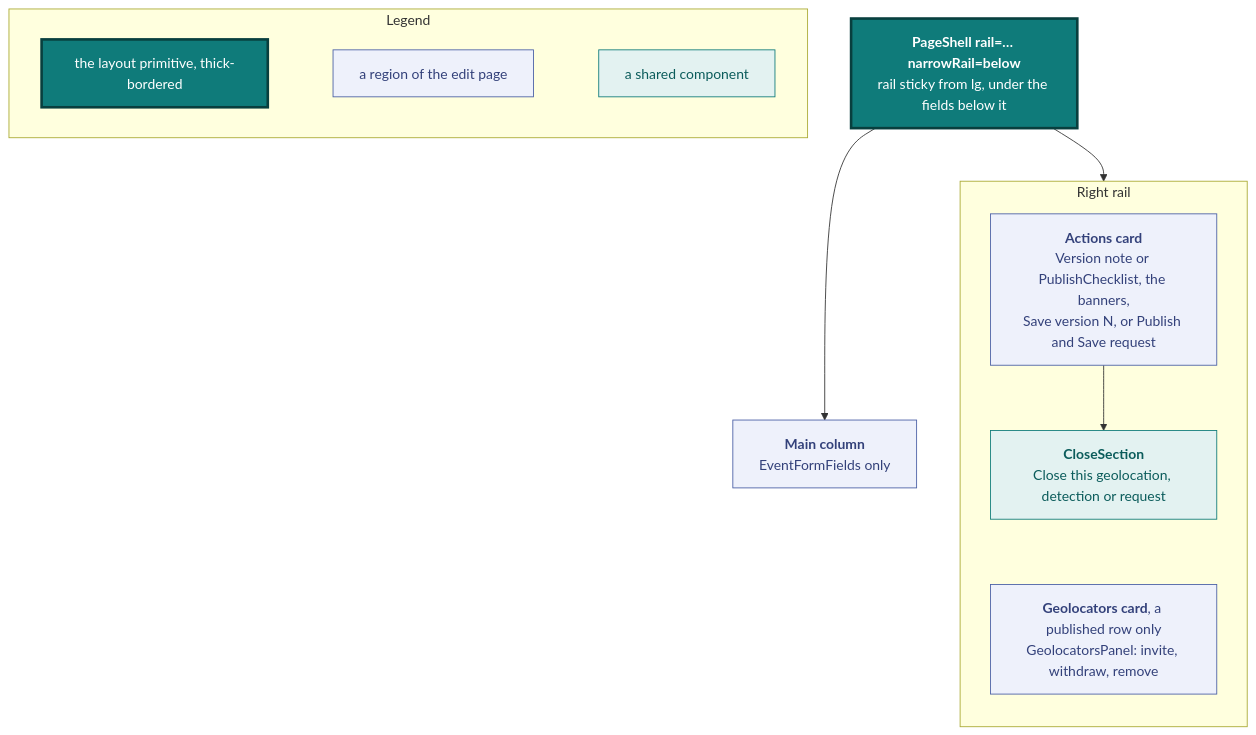
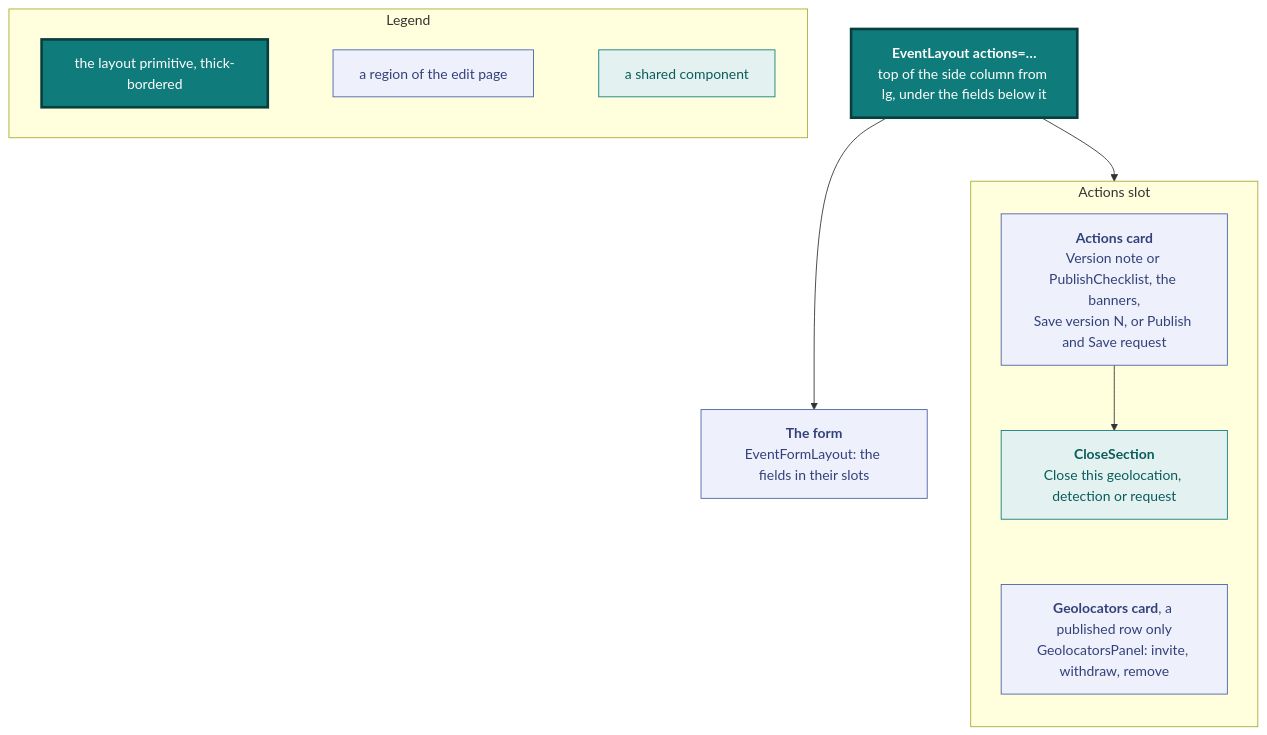
The tenth of 14 diagrams in docs/design.md (vidithq/vidit), drawn with Mermaid before and after one commit. The commit also changed other lines of this file and 14 other files, not shown here.

First line of the commit message:
feat(frontend): lay out the event page and the event forms in one EventLayout

````diff
--- a/docs/design.md
+++ b/docs/design.md
@@ -950,35 +960,35 @@
 ```mermaid
 flowchart TB
   classDef spec fill:#eef1fb,stroke:#4a5fa5,color:#33417a
   classDef shared fill:#e3f2f1,stroke:#0f7b7a,color:#0b5c5b
   classDef core fill:#0f7b7a,stroke:#083f3e,stroke-width:3px,color:#ffffff
 
   subgraph legend [Legend]
     direction LR
     l1["`the layout primitive, thick-bordered`"]:::core
     l2["`a region of the edit page`"]:::spec
     l3["`a shared component`"]:::shared
     l1 ~~~ l2 ~~~ l3
   end
 
-  shell["`**PageShell rail=… narrowRail=below**
-  rail sticky from lg, under the fields below it`"]:::core
-  fields["`**Main column**
-  EventFormFields only`"]:::spec
+  shell["`**EventLayout actions=…**
+  top of the side column from lg, under the fields below it`"]:::core
+  fields["`**The form**
+  EventFormLayout: the fields in their slots`"]:::spec
 
-  subgraph rail [Right rail]
+  subgraph rail [Actions slot]
     direction TB
     actions["`**Actions card**
     Version note or PublishChecklist, the banners,
     Save version N, or Publish and Save request`"]:::spec
     close["`**CloseSection**
     Close this geolocation, detection or request`"]:::shared
     credit["`**Geolocators card**, a published row only
     GeolocatorsPanel: invite, withdraw, remove`"]:::spec
     actions --> close
     close ~~~ credit
   end
 
   shell --> fields
   shell --> rail
 ```
````
